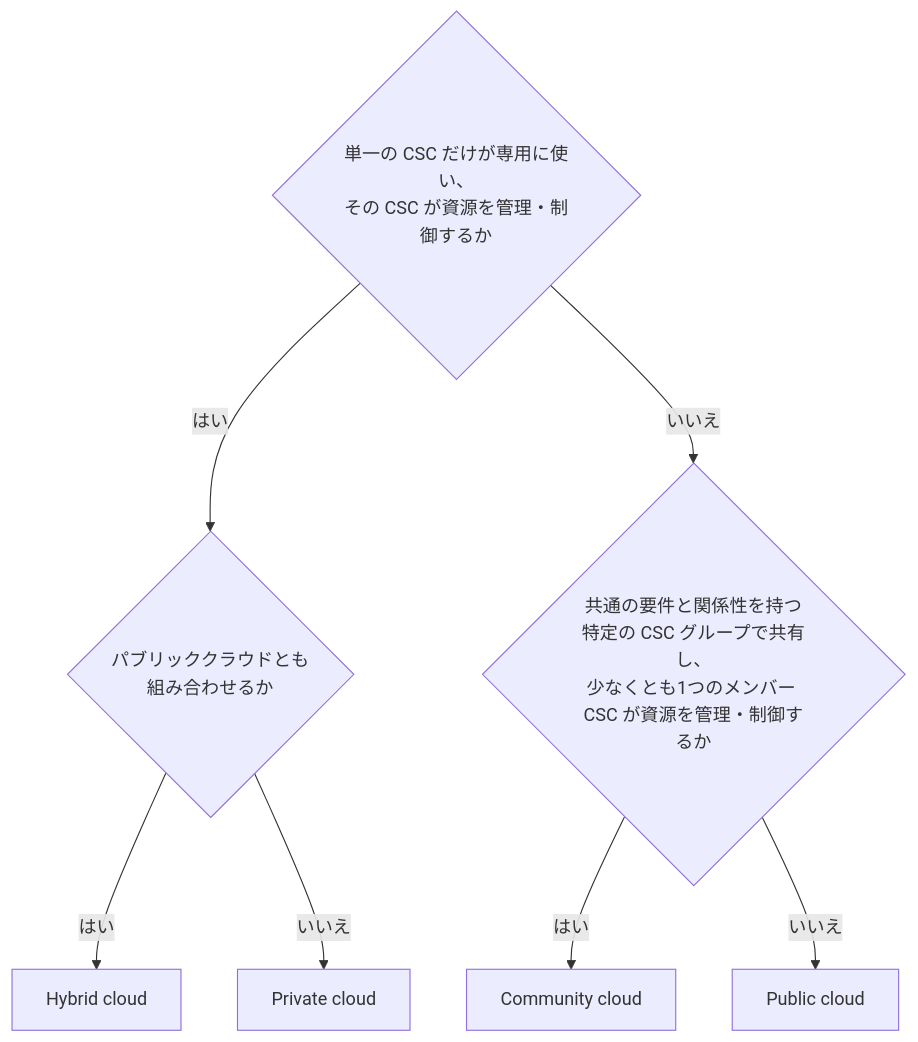
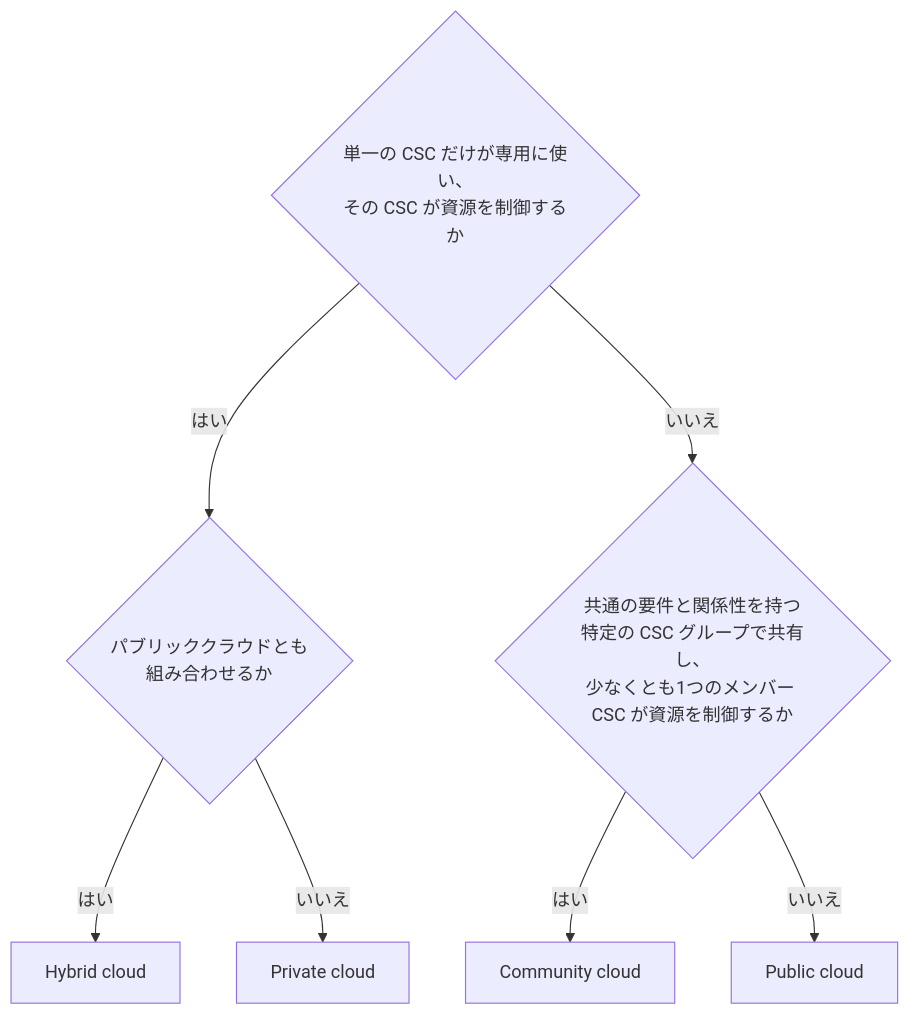
The eighth of 14 diagrams in Iso-iec-22123-2-guide.md (myoshi2891/Cloud-Infrastructure-and-Network-Studies), drawn with Mermaid before and after one commit. The commit also changed other lines of this file and 2 other files, not shown here.

````diff
--- a/Iso-iec-22123-2-guide.md
+++ b/Iso-iec-22123-2-guide.md
@@ -485,16 +485,16 @@
 ```mermaid
 flowchart TD
-    M1{"単一の CSC だけが専用に使い、<br/>その CSC が資源を管理・制御するか"}
-    M2{"共通の要件と関係性を持つ特定の CSC グループで共有し、<br/>少なくとも1つのメンバー CSC が資源を管理・制御するか"}
+    M1{"単一の CSC だけが専用に使い、<br/>その CSC が資源を制御するか"}
+    M2{"共通の要件と関係性を持つ特定の CSC グループで共有し、<br/>少なくとも1つのメンバー CSC が資源を制御するか"}
     M3{"パブリッククラウドとも<br/>組み合わせるか"}
     P1["Private cloud"]
     P2["Community cloud"]
     P3["Hybrid cloud"]
     P4["Public cloud"]
     M1 -->|"はい"| M3
     M1 -->|"いいえ"| M2
     M2 -->|"はい"| P2
     M2 -->|"いいえ"| P4
     M3 -->|"はい"| P3
     M3 -->|"いいえ"| P1
 ```
````
